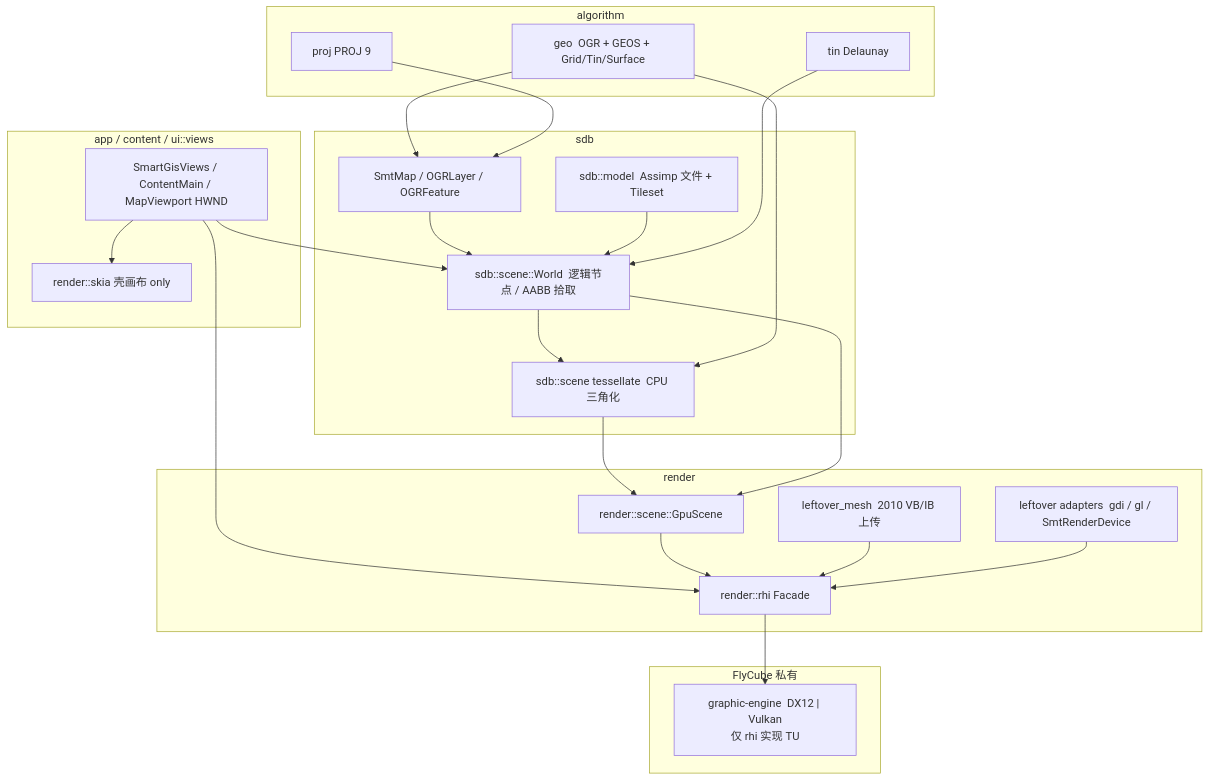
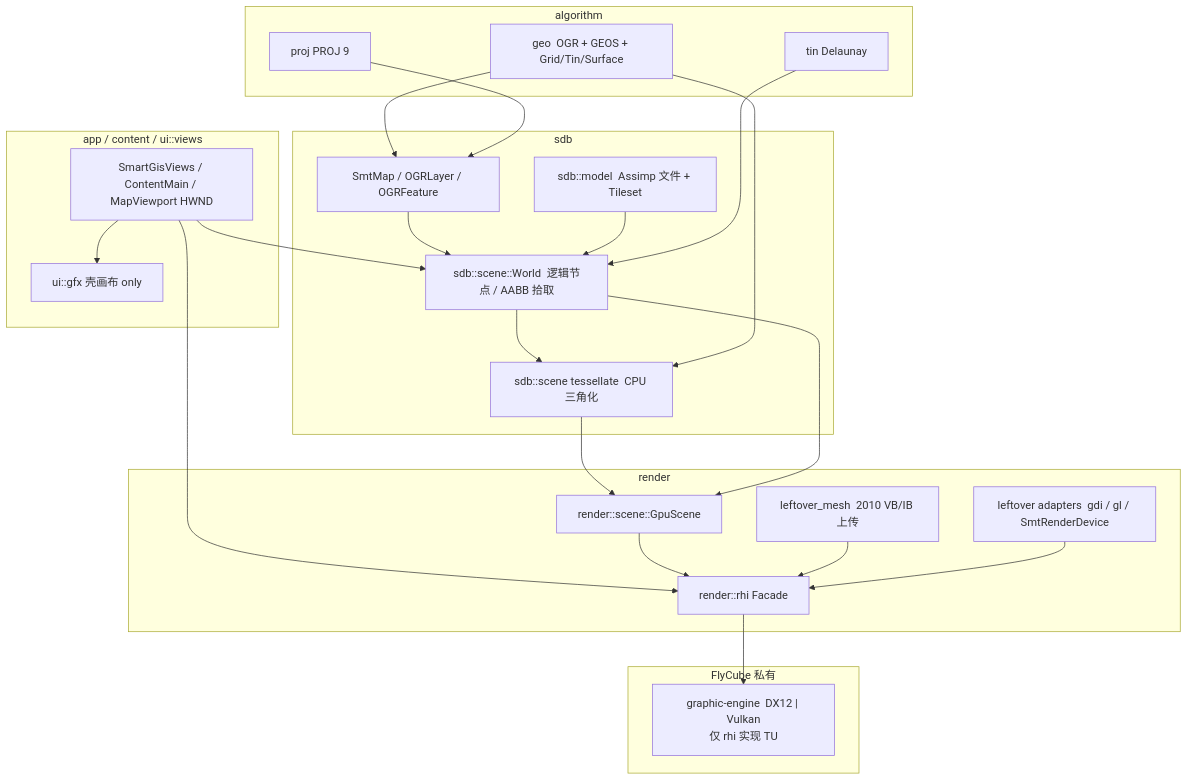
Before and after one commit to jsccl1988/smartgis: the first of 2 diagrams in docs/superpowers/specs/2026-09-13-model-render-compute-design.md, drawn with Mermaid. The commit also changed other lines of this file and 2179 other files, not shown here.

````diff
--- a/docs/superpowers/specs/2026-09-13-model-render-compute-design.md
+++ b/docs/superpowers/specs/2026-09-13-model-render-compute-design.md
@@ -83,48 +83,48 @@
 ```mermaid
 flowchart TB
   subgraph app_layer["app / content / ui::views"]
     APP["SmartGisViews / ContentMain / MapViewport HWND"]
-    SKIA["render::skia  壳画布 only"]
+    SKIA["ui::gfx  壳画布 only"]
   end
 
   subgraph sdb_layer["sdb"]
     MAP["SmtMap / OGRLayer / OGRFeature"]
     MODEL["sdb::model  Assimp 文件 + Tileset"]
     WORLD["sdb::scene::World  逻辑节点 / AABB 拾取"]
     TESS["sdb::scene tessellate  CPU 三角化"]
   end
 
   subgraph algo_layer["algorithm"]
     GEO["geo  OGR + GEOS + Grid/Tin/Surface"]
     PROJ["proj  PROJ 9"]
     TIN["tin  Delaunay"]
   end
 
   subgraph render_layer["render"]
     RHI["render::rhi  Facade"]
     GPU["render::scene::GpuScene"]
     MESH["leftover_mesh  2010 VB/IB 上传"]
     LEFT["leftover adapters  gdi / gl / SmtRenderDevice"]
   end
 
   subgraph gpu_layer["FlyCube 私有"]
     FC["graphic-engine  DX12 | Vulkan<br/>仅 rhi 实现 TU"]
   end
 
   APP --> WORLD
   APP --> RHI
   APP --> SKIA
   MAP --> WORLD
   MODEL --> WORLD
   WORLD --> TESS
   TESS --> GPU
   WORLD --> GPU
   GPU --> RHI
   MESH --> RHI
   LEFT --> RHI
   RHI --> FC
   GEO --> MAP
   GEO --> TESS
   PROJ --> MAP
   TIN --> WORLD
 ```
````
